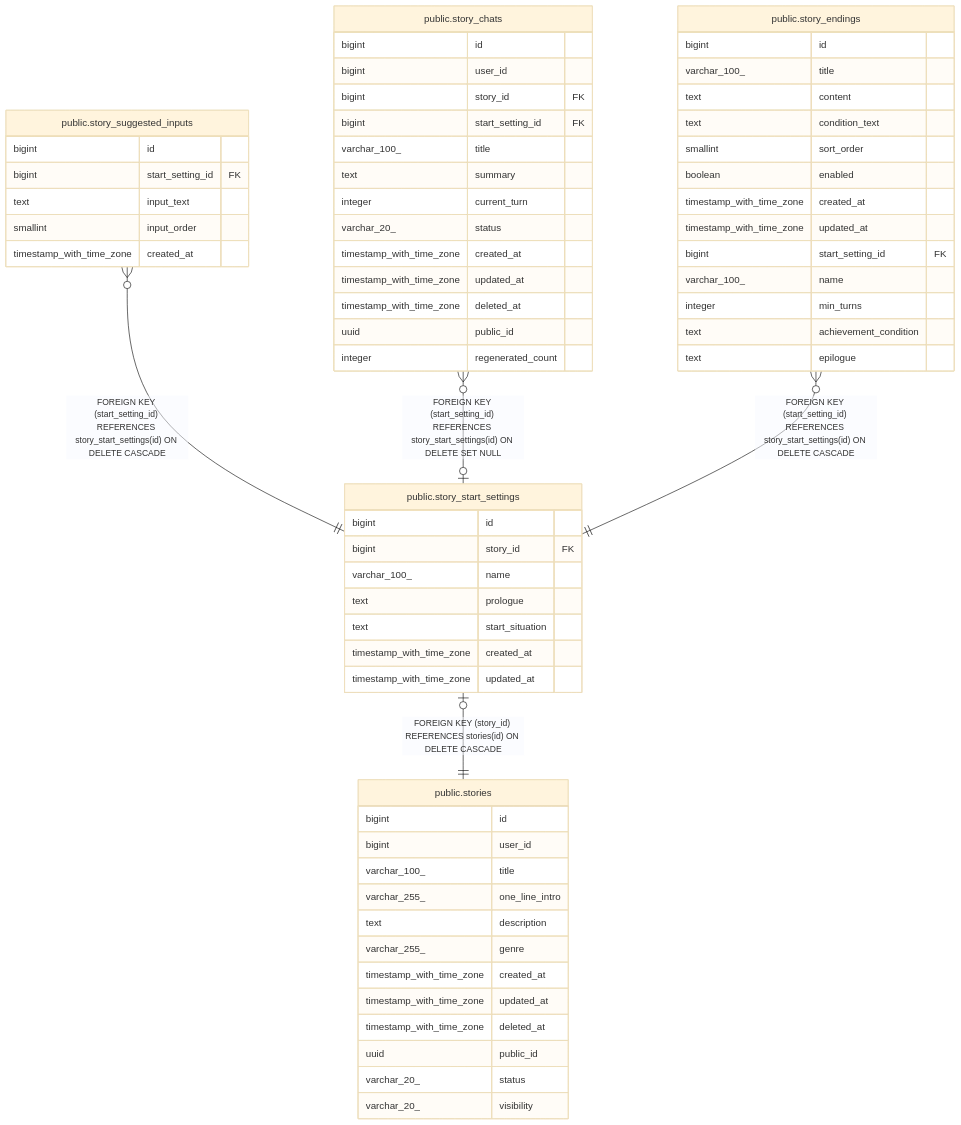
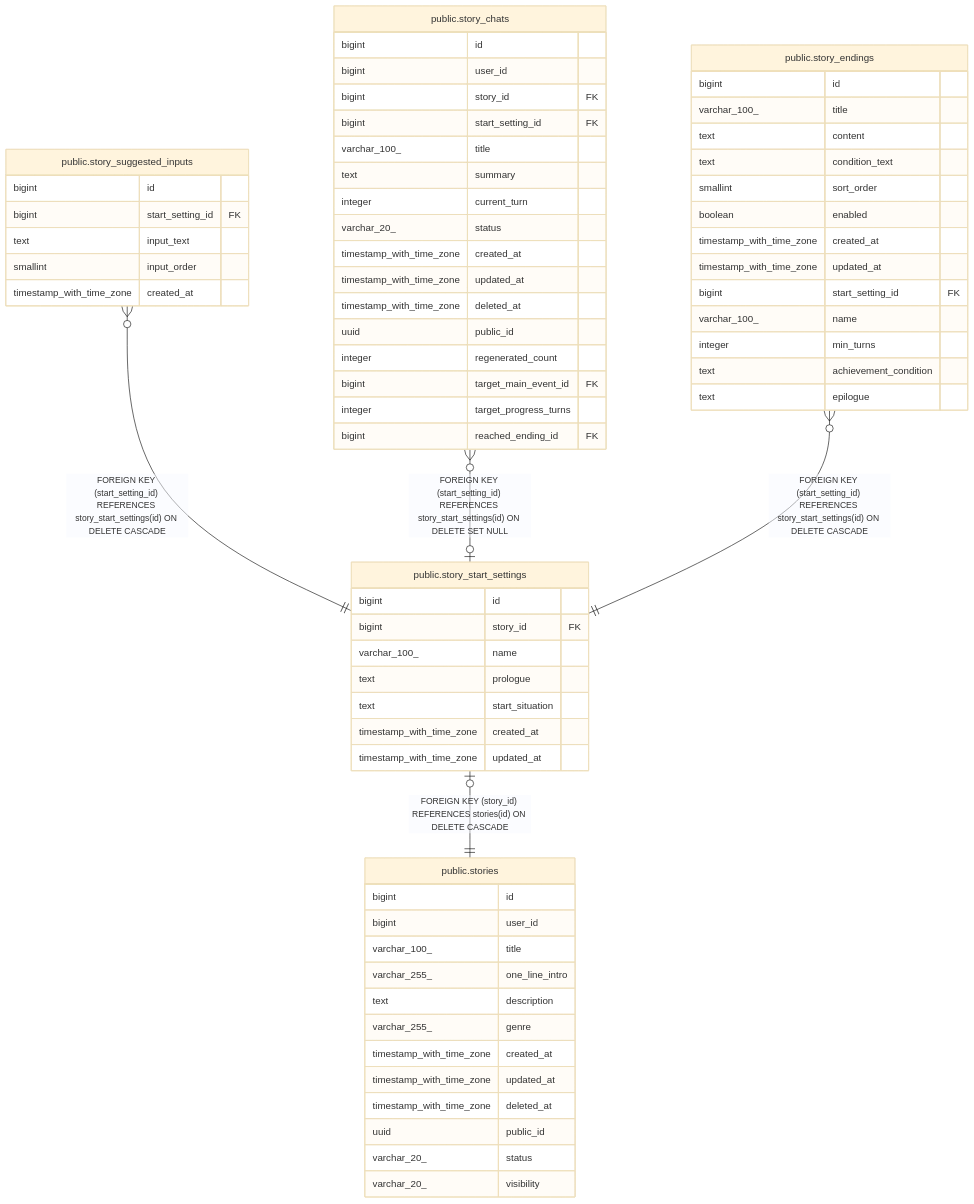
One commit to KIM-N-KANG/manyak-server changed the diagram in dbdoc/public.story_start_settings.md. Above: the diagram before and after it, drawn with Mermaid (base theme). The commit also changed 46 other files, not shown here.

````diff
--- a/dbdoc/public.story_start_settings.md
+++ b/dbdoc/public.story_start_settings.md
@@ -32,69 +32,72 @@
 ```mermaid
 erDiagram
 
 "public.story_suggested_inputs" }o--|| "public.story_start_settings" : "FOREIGN KEY (start_setting_id) REFERENCES story_start_settings(id) ON DELETE CASCADE"
 "public.story_chats" }o--o| "public.story_start_settings" : "FOREIGN KEY (start_setting_id) REFERENCES story_start_settings(id) ON DELETE SET NULL"
 "public.story_endings" }o--|| "public.story_start_settings" : "FOREIGN KEY (start_setting_id) REFERENCES story_start_settings(id) ON DELETE CASCADE"
 "public.story_start_settings" |o--|| "public.stories" : "FOREIGN KEY (story_id) REFERENCES stories(id) ON DELETE CASCADE"
 
 "public.story_start_settings" {
   bigint id
   bigint story_id FK
   varchar_100_ name
   text prologue
   text start_situation
   timestamp_with_time_zone created_at
   timestamp_with_time_zone updated_at
 }
 "public.story_suggested_inputs" {
   bigint id
   bigint start_setting_id FK
   text input_text
   smallint input_order
   timestamp_with_time_zone created_at
 }
 "public.story_chats" {
   bigint id
   bigint user_id
   bigint story_id FK
   bigint start_setting_id FK
   varchar_100_ title
   text summary
   integer current_turn
   varchar_20_ status
   timestamp_with_time_zone created_at
   timestamp_with_time_zone updated_at
   timestamp_with_time_zone deleted_at
   uuid public_id
   integer regenerated_count
+  bigint target_main_event_id FK
+  integer target_progress_turns
+  bigint reached_ending_id FK
 }
 "public.story_endings" {
   bigint id
   varchar_100_ title
   text content
   text condition_text
   smallint sort_order
   boolean enabled
   timestamp_with_time_zone created_at
   timestamp_with_time_zone updated_at
   bigint start_setting_id FK
   varchar_100_ name
   integer min_turns
   text achievement_condition
   text epilogue
 }
 "public.stories" {
   bigint id
   bigint user_id
   varchar_100_ title
   varchar_255_ one_line_intro
   text description
   varchar_255_ genre
   timestamp_with_time_zone created_at
   timestamp_with_time_zone updated_at
   timestamp_with_time_zone deleted_at
   uuid public_id
   varchar_20_ status
   varchar_20_ visibility
 }
 ```
````
